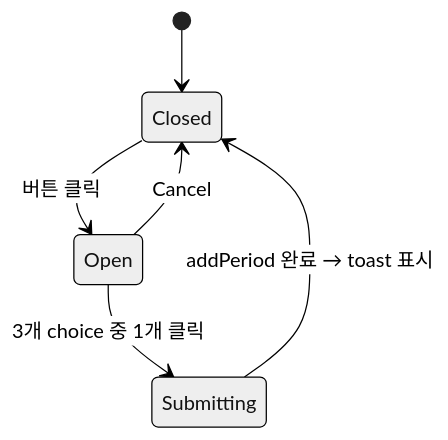
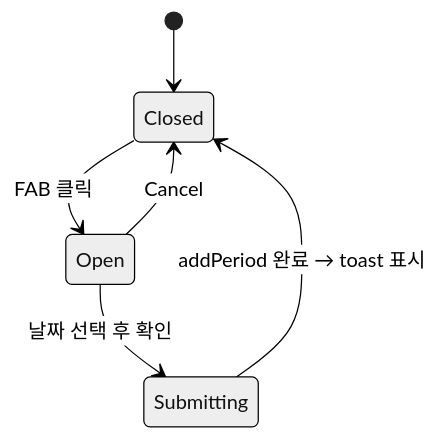
Before and after one commit to soojjung/dwee-wellness-tracker: the third of 3 diagrams in docs/flows/home.md, drawn with Mermaid (neutral theme). The commit also changed other lines of this file and 27 other files, not shown here.

````diff
--- a/docs/flows/home.md
+++ b/docs/flows/home.md
@@ -40,8 +69,8 @@
 ```mermaid
 stateDiagram-v2
     [*] --> Closed
-    Closed --> Open : 버튼 클릭
+    Closed --> Open : FAB 클릭
     Open --> Closed : Cancel
-    Open --> Submitting : 3개 choice 중 1개 클릭
+    Open --> Submitting : 날짜 선택 후 확인
     Submitting --> Closed : addPeriod 완료 → toast 표시
 ```
````
